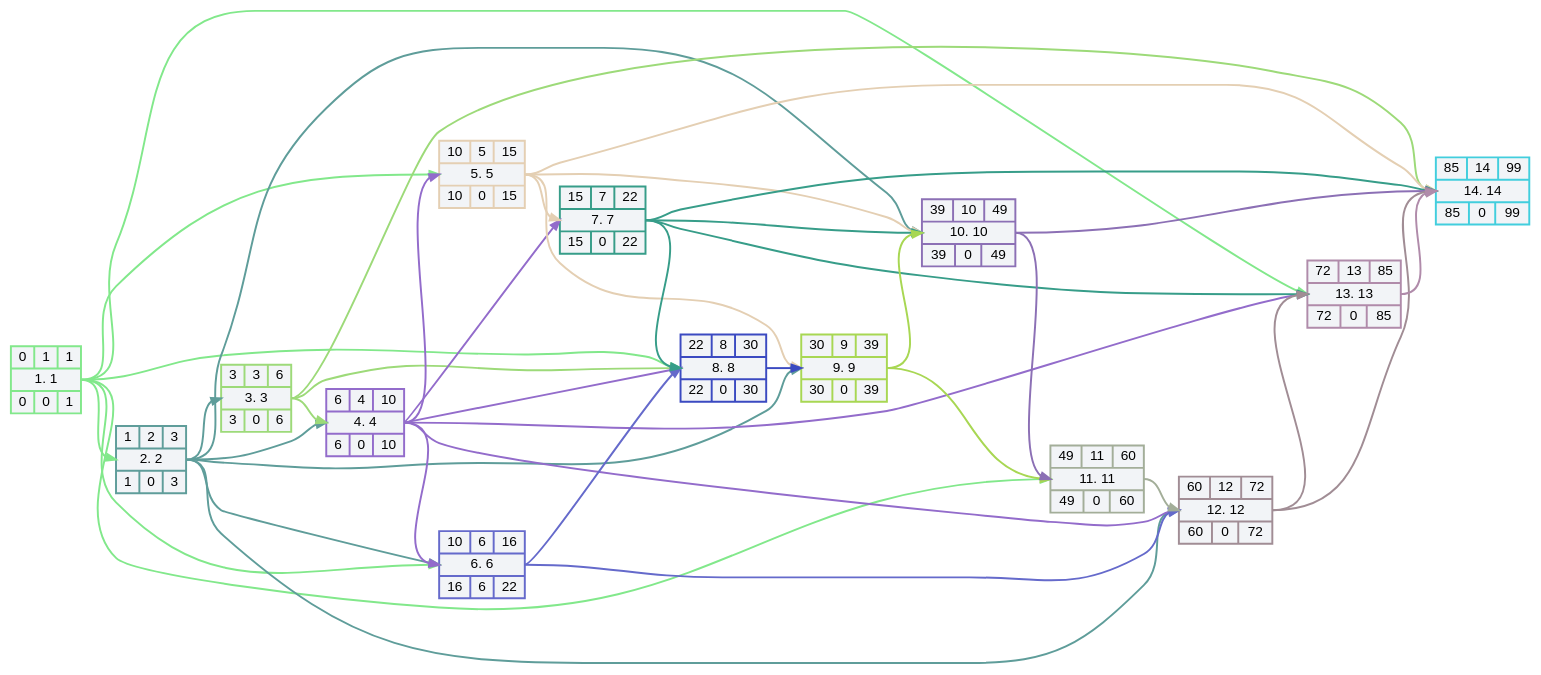
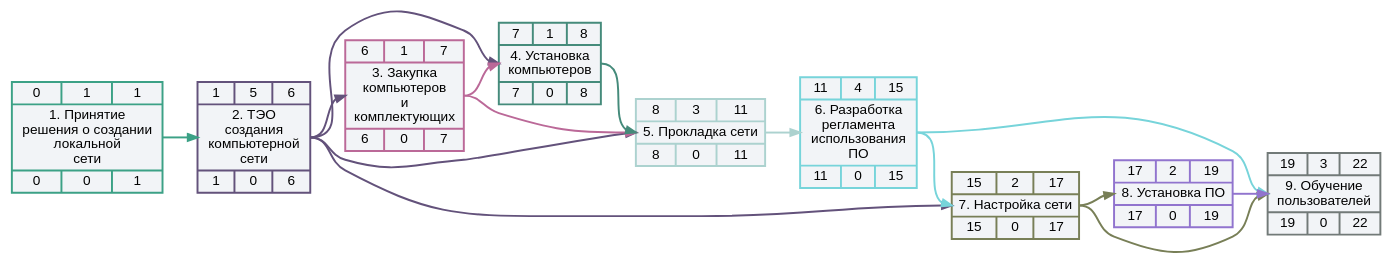
Before and after one commit to DVin-programmer/networkGraphics: the diagram in files/NetworkGraph.gv, drawn with Graphviz. The commit also changed 11 other files, not shown here.

```diff
--- a/files/NetworkGraph.gv
+++ b/files/NetworkGraph.gv
@@ -1,64 +1,33 @@
         digraph NetworkGraph
         {
            //graph [charset = "utf8"]
            rankdir = LR
            layout = dot
            splines = spline
            node [style = "filled, bold", fillcolor = "#f2f4f7", fontname = "Arial"]
            edge [penwidth = 2]
-           v1 [fontname = "Arial",color = "#82e88b", shape = record, label = "{ 0 | 1 | 1 } |  <mI1> 1. 1 | {0 | 0 | 1 }"]
-   v2 [fontname = "Arial",color = "#5f9d9a", shape = record, label = "{ 1 | 2 | 3 } |  <mI2> 2. 2 | {1 | 0 | 3 }"]
-   v3 [fontname = "Arial",color = "#9dda79", shape = record, label = "{ 3 | 3 | 6 } |  <mI3> 3. 3 | {3 | 0 | 6 }"]
-   v4 [fontname = "Arial",color = "#936ccb", shape = record, label = "{ 6 | 4 | 10 } |  <mI4> 4. 4 | {6 | 0 | 10 }"]
-   v5 [fontname = "Arial",color = "#e4cfb3", shape = record, label = "{ 10 | 5 | 15 } |  <mI5> 5. 5 | {10 | 0 | 15 }"]
-   v6 [fontname = "Arial",color = "#656acb", shape = record, label = "{ 10 | 6 | 16 } |  <mI6> 6. 6 | {16 | 6 | 22 }"]
-   v7 [fontname = "Arial",color = "#379d89", shape = record, label = "{ 15 | 7 | 22 } |  <mI7> 7. 7 | {15 | 0 | 22 }"]
-   v8 [fontname = "Arial",color = "#3b4ac1", shape = record, label = "{ 22 | 8 | 30 } |  <mI8> 8. 8 | {22 | 0 | 30 }"]
-   v9 [fontname = "Arial",color = "#a8d753", shape = record, label = "{ 30 | 9 | 39 } |  <mI9> 9. 9 | {30 | 0 | 39 }"]
-   v10 [fontname = "Arial",color = "#8c70b5", shape = record, label = "{ 39 | 10 | 49 } |  <mI10> 10. 10 | {39 | 0 | 49 }"]
-   v11 [fontname = "Arial",color = "#a3ae99", shape = record, label = "{ 49 | 11 | 60 } |  <mI11> 11. 11 | {49 | 0 | 60 }"]
-   v12 [fontname = "Arial",color = "#a18d95", shape = record, label = "{ 60 | 12 | 72 } |  <mI12> 12. 12 | {60 | 0 | 72 }"]
-   v13 [fontname = "Arial",color = "#b08baa", shape = record, label = "{ 72 | 13 | 85 } |  <mI13> 13. 13 | {72 | 0 | 85 }"]
-   v14 [fontname = "Arial",color = "#42cedd", shape = record, label = "{ 85 | 14 | 99 } |  <mI14> 14. 14 | {85 | 0 | 99 }"]
-   v7:<mI7> -> v10:<mI10> [color = "#379d89"]
-   v9:<mI9> -> v10:<mI10> [color = "#a8d753"]
-   v9:<mI9> -> v11:<mI11> [color = "#a8d753"]
-   v7:<mI7> -> v14:<mI14> [color = "#379d89"]
-   v5:<mI5> -> v14:<mI14> [color = "#e4cfb3"]
-   v4:<mI4> -> v12:<mI12> [color = "#936ccb"]
-   v2:<mI2> -> v10:<mI10> [color = "#5f9d9a"]
-   v5:<mI5> -> v10:<mI10> [color = "#e4cfb3"]
-   v6:<mI6> -> v12:<mI12> [color = "#656acb"]
-   v7:<mI7> -> v13:<mI13> [color = "#379d89"]
-   v2:<mI2> -> v12:<mI12> [color = "#5f9d9a"]
-   v1:<mI1> -> v11:<mI11> [color = "#82e88b"]
-   v1:<mI1> -> v13:<mI13> [color = "#82e88b"]
-   v3:<mI3> -> v14:<mI14> [color = "#9dda79"]
-   v4:<mI4> -> v13:<mI13> [color = "#936ccb"]
-   v1:<mI1> -> v2:<mI2> [color = "#82e88b"]
-   v2:<mI2> -> v3:<mI3> [color = "#5f9d9a"]
-   v2:<mI2> -> v4:<mI4> [color = "#5f9d9a"]
-   v3:<mI3> -> v4:<mI4> [color = "#9dda79"]
-   v4:<mI4> -> v5:<mI5> [color = "#936ccb"]
-   v1:<mI1> -> v5:<mI5> [color = "#82e88b"]
-   v4:<mI4> -> v6:<mI6> [color = "#936ccb"]
-   v1:<mI1> -> v6:<mI6> [color = "#82e88b"]
-   v2:<mI2> -> v6:<mI6> [color = "#5f9d9a"]
-   v4:<mI4> -> v7:<mI7> [color = "#936ccb"]
-   v5:<mI5> -> v7:<mI7> [color = "#e4cfb3"]
-   v3:<mI3> -> v8:<mI8> [color = "#9dda79"]
-   v4:<mI4> -> v8:<mI8> [color = "#936ccb"]
-   v6:<mI6> -> v8:<mI8> [color = "#656acb"]
-   v7:<mI7> -> v8:<mI8> [color = "#379d89"]
-   v1:<mI1> -> v8:<mI8> [color = "#82e88b"]
-   v5:<mI5> -> v9:<mI9> [color = "#e4cfb3"]
-   v8:<mI8> -> v9:<mI9> [color = "#3b4ac1"]
-   v2:<mI2> -> v9:<mI9> [color = "#5f9d9a"]
-   v10:<mI10> -> v11:<mI11> [color = "#8c70b5"]
-   v11:<mI11> -> v12:<mI12> [color = "#a3ae99"]
-   v12:<mI12> -> v13:<mI13> [color = "#a18d95"]
-   v13:<mI13> -> v14:<mI14> [color = "#b08baa"]
-   v12:<mI12> -> v14:<mI14> [color = "#a18d95"]
-   v10:<mI10> -> v14:<mI14> [color = "#8c70b5"]
+           v1 [fontname = "Arial",color = "#3ca186", shape = record, label = "{ 0 | 1 | 1 } |  <mI1> 1. Принятие\n решения  о  создании \n локальной \n сети  | {0 | 0 | 1 }"]
+   v2 [fontname = "Arial",color = "#63527b", shape = record, label = "{ 1 | 5 | 6 } |  <mI2> 2. ТЭО\n создания \n компьютерной \n сети  | {1 | 0 | 6 }"]
+   v3 [fontname = "Arial",color = "#bb6998", shape = record, label = "{ 6 | 1 | 7 } |  <mI3> 3. Закупка\n компьютеров \n и \n комплектующих  | {6 | 0 | 7 }"]
+   v4 [fontname = "Arial",color = "#458b7b", shape = record, label = "{ 7 | 1 | 8 } |  <mI4> 4. Установка\n компьютеров  | {7 | 0 | 8 }"]
+   v5 [fontname = "Arial",color = "#acd2cf", shape = record, label = "{ 8 | 3 | 11 } |  <mI5> 5. Прокладка сети | {8 | 0 | 11 }"]
+   v6 [fontname = "Arial",color = "#77d4da", shape = record, label = "{ 11 | 4 | 15 } |  <mI6> 6. Разработка\n регламента \n использования \n ПО  | {11 | 0 | 15 }"]
+   v7 [fontname = "Arial",color = "#787f57", shape = record, label = "{ 15 | 2 | 17 } |  <mI7> 7. Настройка сети | {15 | 0 | 17 }"]
+   v8 [fontname = "Arial",color = "#9174ce", shape = record, label = "{ 17 | 2 | 19 } |  <mI8> 8. Установка ПО | {17 | 0 | 19 }"]
+   v9 [fontname = "Arial",color = "#727a78", shape = record, label = "{ 19 | 3 | 22 } |  <mI9> 9. Обучение\n пользователей  | {19 | 0 | 22 }"]
+   v1:<mI1> -> v2:<mI2> [color = "#3ca186"]
+   v2:<mI2> -> v3:<mI3> [color = "#63527b"]
+   v2:<mI2> -> v4:<mI4> [color = "#63527b"]
+   v3:<mI3> -> v4:<mI4> [color = "#bb6998"]
+   v3:<mI3> -> v5:<mI5> [color = "#bb6998"]
+   v2:<mI2> -> v5:<mI5> [color = "#63527b"]
+   v4:<mI4> -> v5:<mI5> [color = "#458b7b"]
+   v5:<mI5> -> v6:<mI6> [color = "#acd2cf"]
+   v6:<mI6> -> v7:<mI7> [color = "#77d4da"]
+   v2:<mI2> -> v7:<mI7> [color = "#63527b"]
+   v7:<mI7> -> v8:<mI8> [color = "#787f57"]
+   v6:<mI6> -> v9:<mI9> [color = "#77d4da"]
+   v7:<mI7> -> v9:<mI9> [color = "#787f57"]
+   v8:<mI8> -> v9:<mI9> [color = "#9174ce"]
 
 }
```
